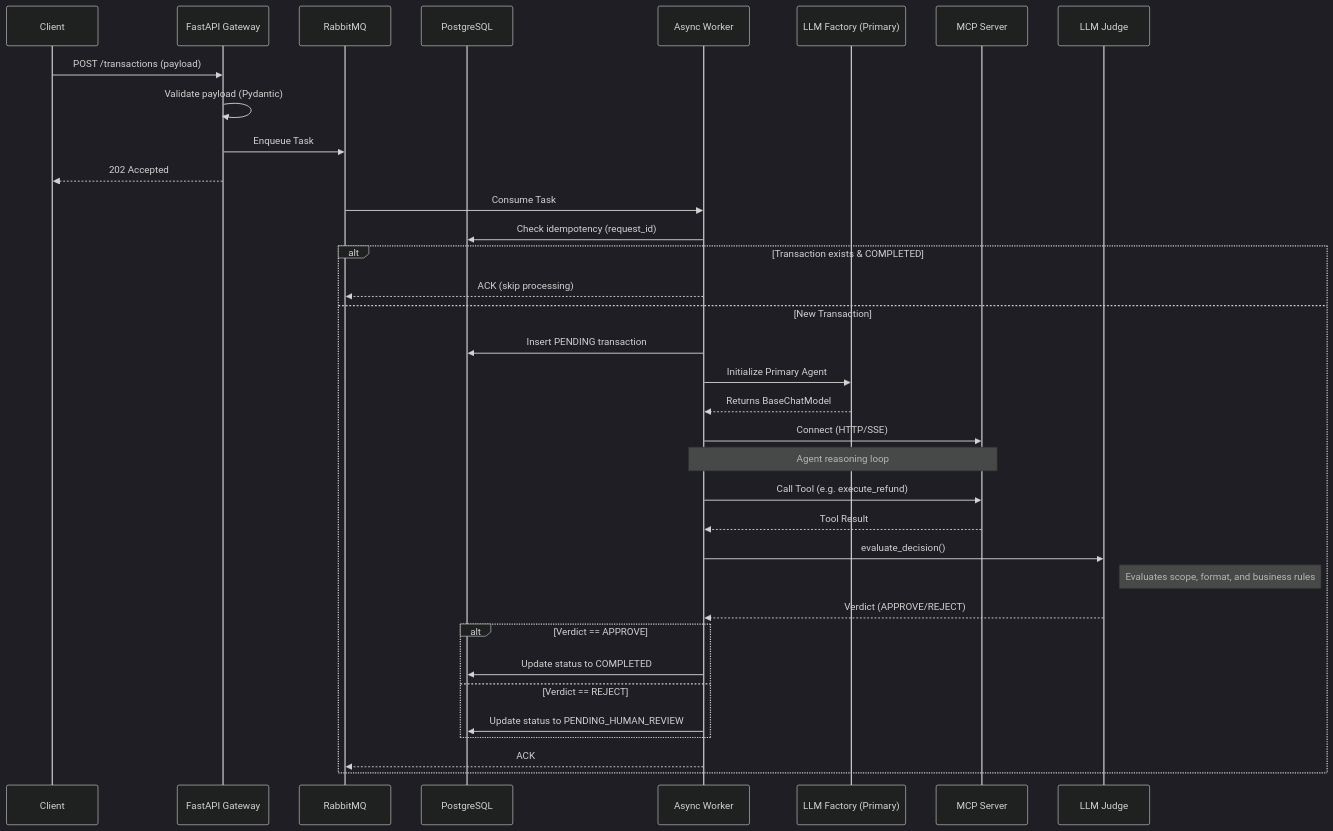
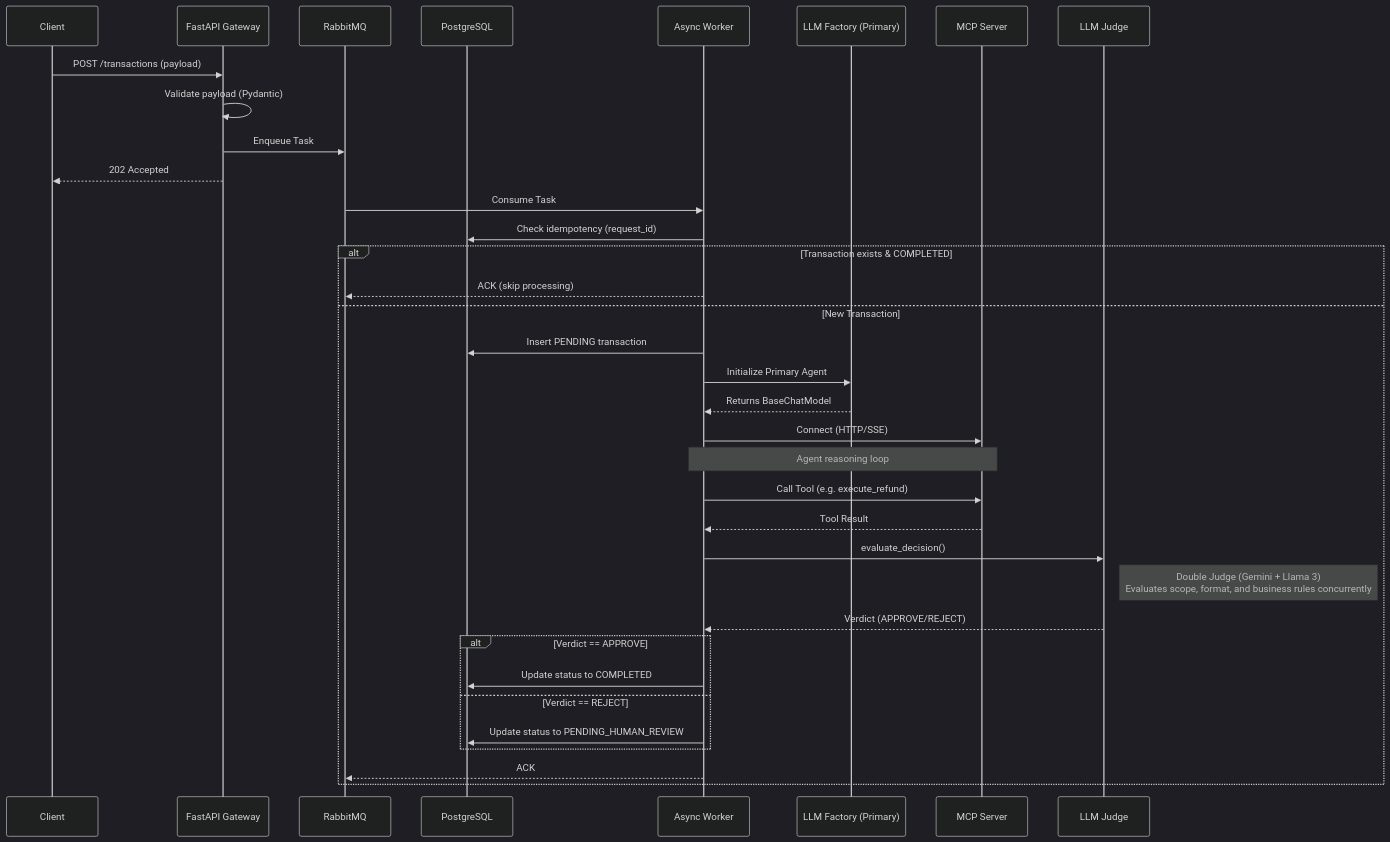
The diagram in docs/phases/phase_1_core_engine.md (agustindiazcano/mcp-transactional-agent), drawn with Mermaid (dark theme) before and after one commit. The commit also changed other lines of this file and 9 other files, not shown here.

````diff
--- a/docs/phases/phase_1_core_engine.md
+++ b/docs/phases/phase_1_core_engine.md
@@ -34,43 +34,43 @@
 ```mermaid
 sequenceDiagram
     participant Client
     participant API as FastAPI Gateway
     participant MQ as RabbitMQ
     participant DB as PostgreSQL
     participant Worker as Async Worker
     participant LLM_F as LLM Factory (Primary)
     participant MCP as MCP Server
     participant Judge as LLM Judge
     
     Client->>API: POST /transactions (payload)
     API->>API: Validate payload (Pydantic)
     API->>MQ: Enqueue Task
     API-->>Client: 202 Accepted
     
     MQ->>Worker: Consume Task
     Worker->>DB: Check idempotency (request_id)
     
     alt Transaction exists & COMPLETED
         Worker-->>MQ: ACK (skip processing)
     else New Transaction
         Worker->>DB: Insert PENDING transaction
         Worker->>LLM_F: Initialize Primary Agent
         LLM_F-->>Worker: Returns BaseChatModel
         Worker->>MCP: Connect (HTTP/SSE)
         Note over Worker,MCP: Agent reasoning loop
         Worker->>MCP: Call Tool (e.g. execute_refund)
         MCP-->>Worker: Tool Result
         
         Worker->>Judge: evaluate_decision()
-        Note right of Judge: Evaluates scope, format, and business rules
+        Note right of Judge: Double Judge (Gemini + Llama 3)<br>Evaluates scope, format, and business rules concurrently
         Judge-->>Worker: Verdict (APPROVE/REJECT)
         
         alt Verdict == APPROVE
             Worker->>DB: Update status to COMPLETED
         else Verdict == REJECT
             Worker->>DB: Update status to PENDING_HUMAN_REVIEW
         end
         
         Worker-->>MQ: ACK
     end
 ```
````
